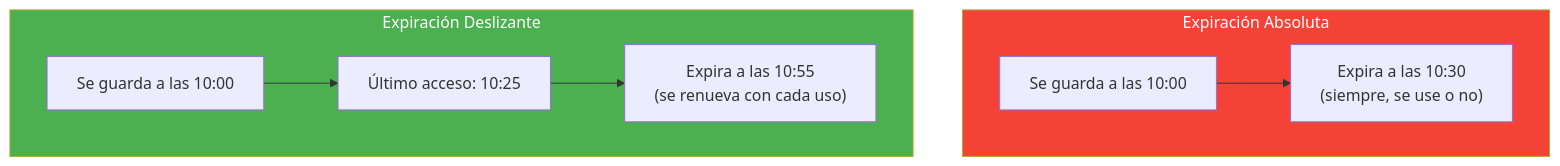
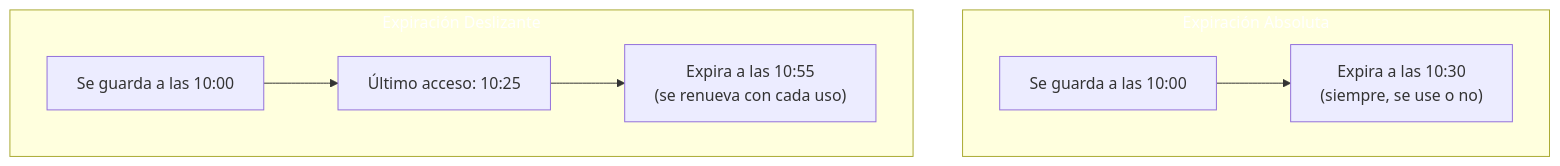
The third of 14 diagrams in 21-sql-nosql.md (joseluisgs/DesarrolloWebEntornosServidor-01-2026-2027), drawn with Mermaid before and after one commit. The commit also changed other lines of this file and 66 other files, not shown here.

First line of the commit message:
fix: normalizar titulos al castellano de frase y corregir la paleta de mermaid

````diff
--- a/21-sql-nosql.md
+++ b/21-sql-nosql.md
@@ -866,14 +866,14 @@
 ```mermaid
 graph TB
     subgraph ABSOLUTA["Expiración Absoluta"]
         A1["Se guarda a las 10:00"] --> A2["Expira a las 10:30<br/>(siempre, se use o no)"]
     end
 
     subgraph DESLIZANTE["Expiración Deslizante"]
         B1["Se guarda a las 10:00"] --> B2["Último acceso: 10:25"]
         B2 --> B3["Expira a las 10:55<br/>(se renueva con cada uso)"]
     end
 
-    style ABSOLUTA fill:#f44336,color:#fff
-    style DESLIZANTE fill:#4CAF50,color:#fff
+    style ABSOLUTA fill:#f4433,color:#fff6,color:#fff
+    style DESLIZANTE fill:#4CAF5,color:#fff0,color:#fff
 ```
````
